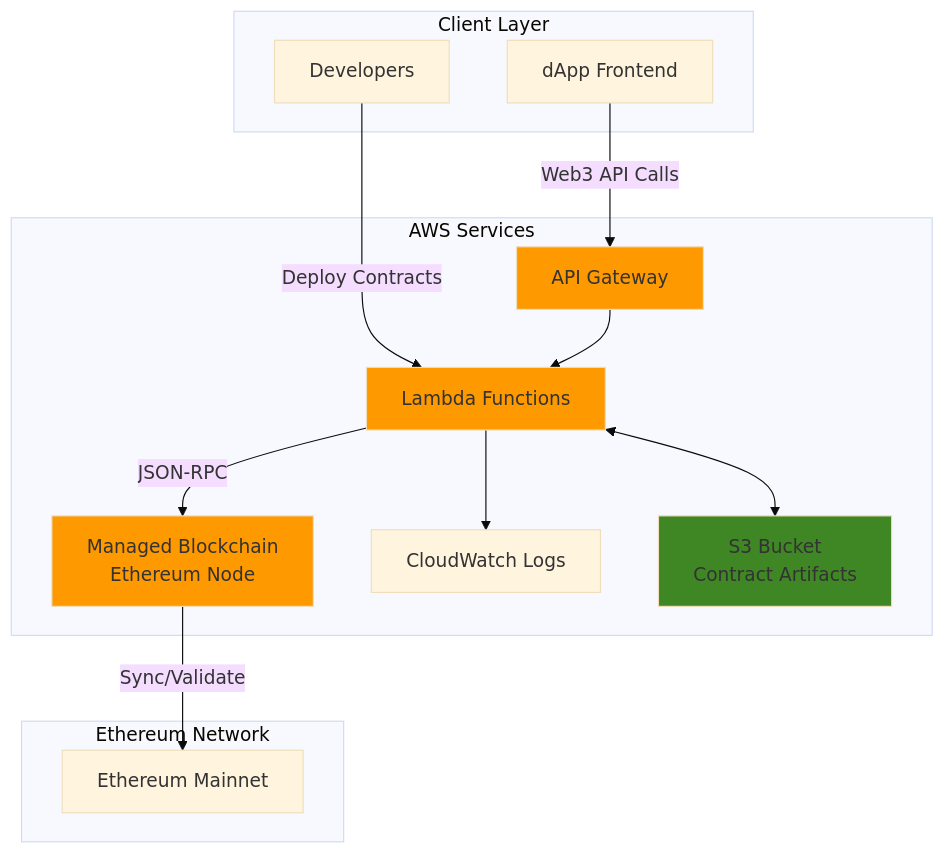
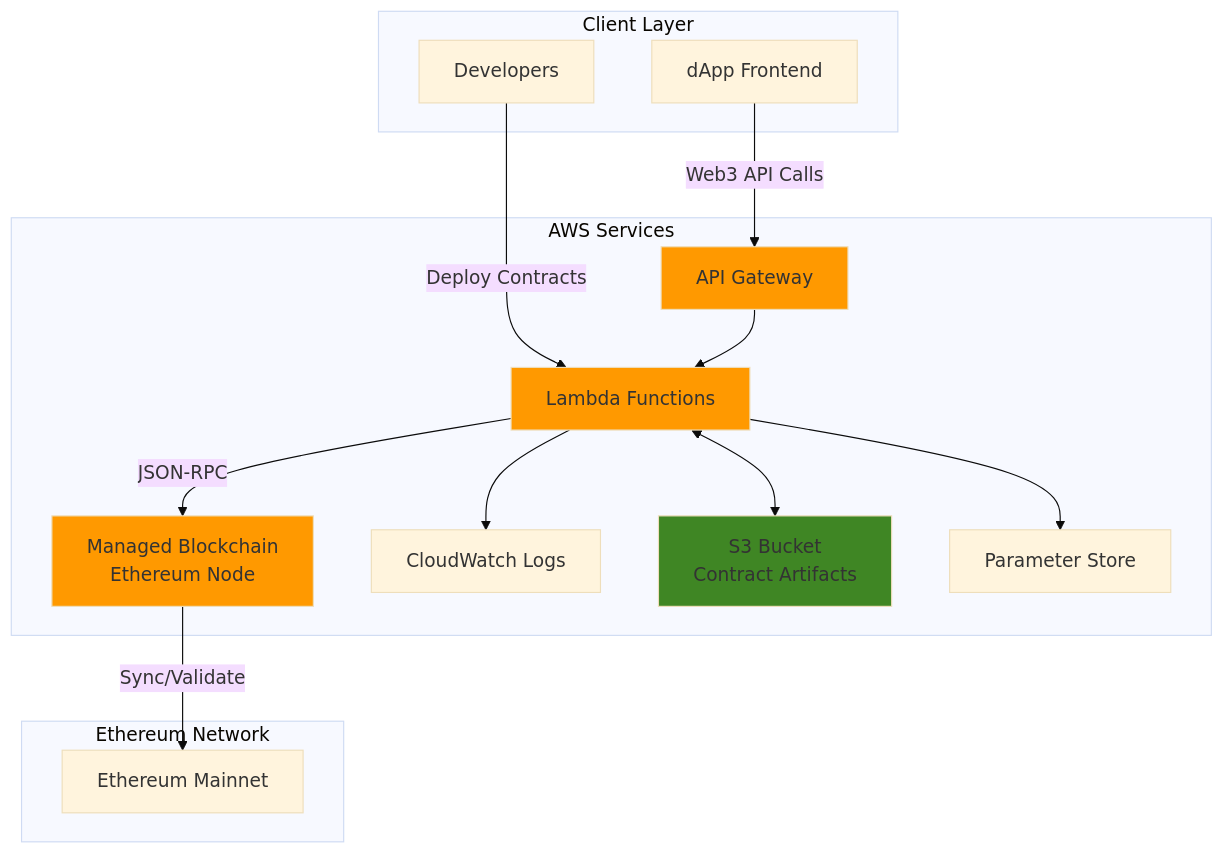
Before and after one commit to mzazon/awesome-cloud-projects: the diagram in aws/ethereum-smart-contracts/ethereum-smart-contracts.md, drawn with Mermaid (base theme). The commit also changed other lines of this file and 5581 other files, not shown here.

````diff
--- a/aws/ethereum-smart-contracts/ethereum-smart-contracts.md
+++ b/aws/ethereum-smart-contracts/ethereum-smart-contracts.md
@@ -31,32 +30,34 @@
 ```mermaid
 graph TB
     subgraph "Client Layer"
         DEV[Developers]
         DAPP[dApp Frontend]
     end
     
     subgraph "AWS Services"
         APIGW[API Gateway]
         LAMBDA[Lambda Functions]
         AMB[Managed Blockchain<br/>Ethereum Node]
         CW[CloudWatch Logs]
         S3[S3 Bucket<br/>Contract Artifacts]
+        SSM[Parameter Store]
     end
     
     subgraph "Ethereum Network"
         MAINNET[Ethereum Mainnet]
     end
     
     DEV -->|Deploy Contracts| LAMBDA
     DAPP -->|Web3 API Calls| APIGW
     APIGW --> LAMBDA
     LAMBDA -->|JSON-RPC| AMB
     AMB -->|Sync/Validate| MAINNET
     LAMBDA --> CW
     LAMBDA <--> S3
+    LAMBDA --> SSM
     
     style AMB fill:#FF9900
     style LAMBDA fill:#FF9900
     style APIGW fill:#FF9900
     style S3 fill:#3F8624
 ```
````
